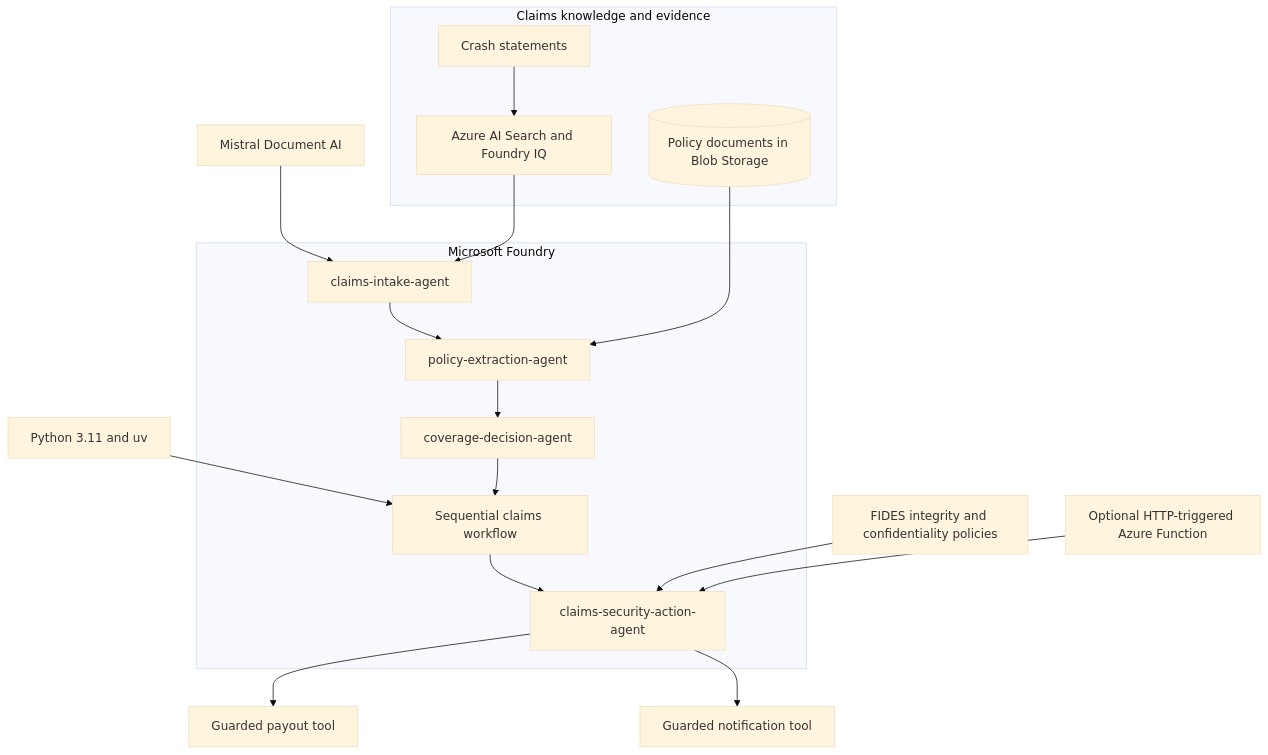
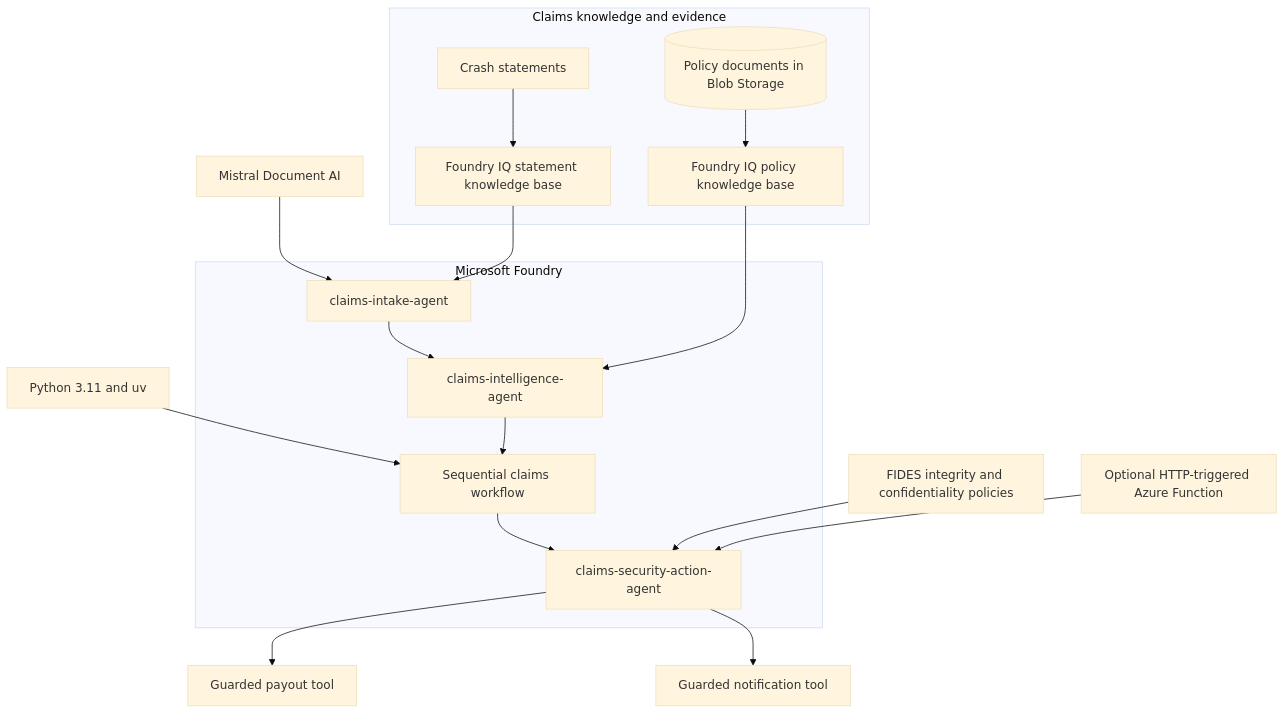
Before and after one commit to jamlab/claims-microhack: the second of 2 diagrams in README.md, drawn with Mermaid (base theme). The commit also changed other lines of this file and 24 other files, not shown here.

First line of the commit message:
Add accident statement JSON for crash1 front intake

````diff
--- a/README.md
+++ b/README.md
@@ -70,29 +73,30 @@
 ```mermaid
 flowchart TB
 		DEV[Python 3.11 and uv] --> ORCH
 
 		subgraph FOUNDRY[Microsoft Foundry]
 				INTAKE[claims-intake-agent]
-				POLICY[policy-extraction-agent]
-				COVERAGE[coverage-decision-agent]
+				INTELLIGENCE[claims-intelligence-agent]
 				SECURITY[claims-security-action-agent]
 				ORCH[Sequential claims workflow]
-				INTAKE --> POLICY --> COVERAGE --> ORCH
+				INTAKE --> INTELLIGENCE --> ORCH
 				ORCH --> SECURITY
 		end
 
 		subgraph DATA[Claims knowledge and evidence]
 				STATEMENTS[Crash statements]
-				SEARCH[Azure AI Search and Foundry IQ]
+				STATEMENTIQ[Foundry IQ statement knowledge base]
 				POLICIES[(Policy documents in Blob Storage)]
-				STATEMENTS --> SEARCH
+				POLICYIQ[Foundry IQ policy knowledge base]
+				STATEMENTS --> STATEMENTIQ
+				POLICIES --> POLICYIQ
 		end
 
 		OCR[Mistral Document AI] --> INTAKE
-		SEARCH --> INTAKE
-		POLICIES --> POLICY
+		STATEMENTIQ --> INTAKE
+		POLICYIQ --> INTELLIGENCE
 		SECURITY --> PAYOUT[Guarded payout tool]
 		SECURITY --> NOTIFY[Guarded notification tool]
 		FIDES[FIDES integrity and confidentiality policies] --> SECURITY
 		API[Optional HTTP-triggered Azure Function] --> SECURITY
 ```
````
